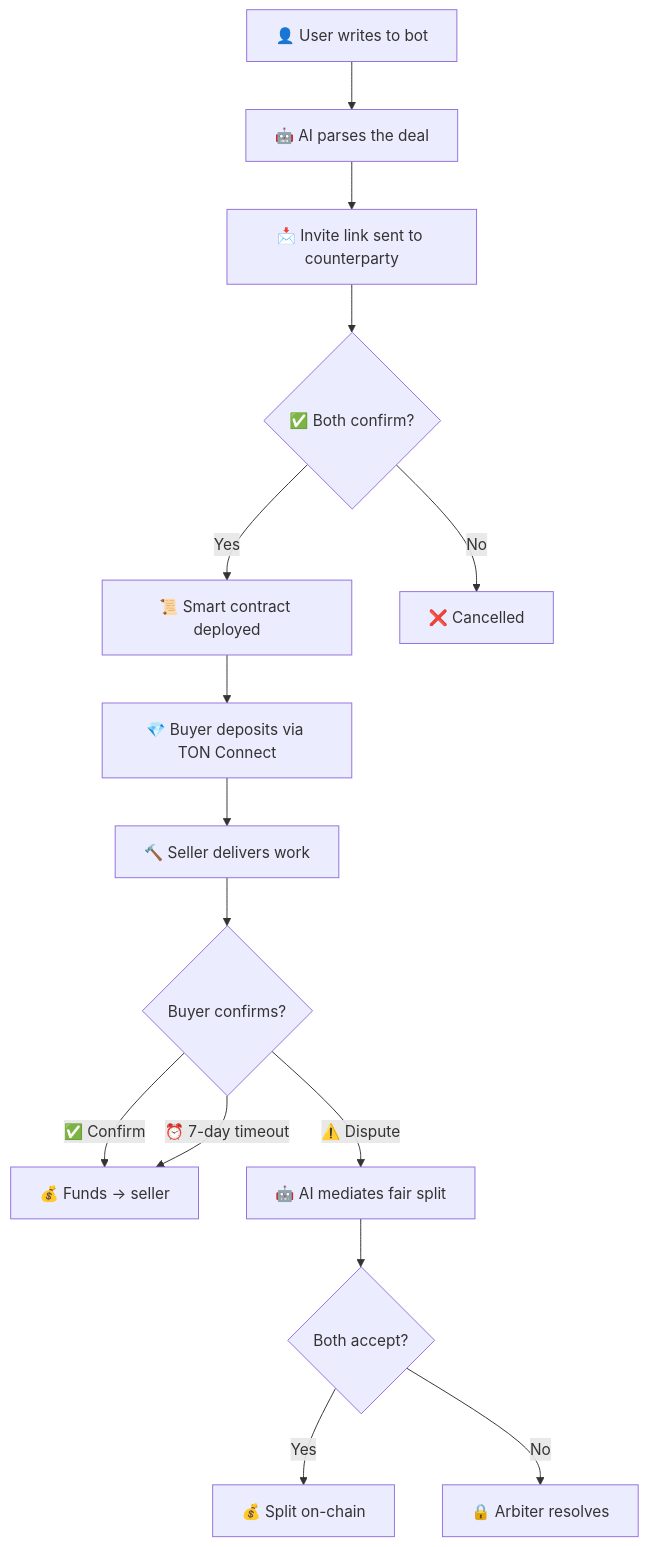
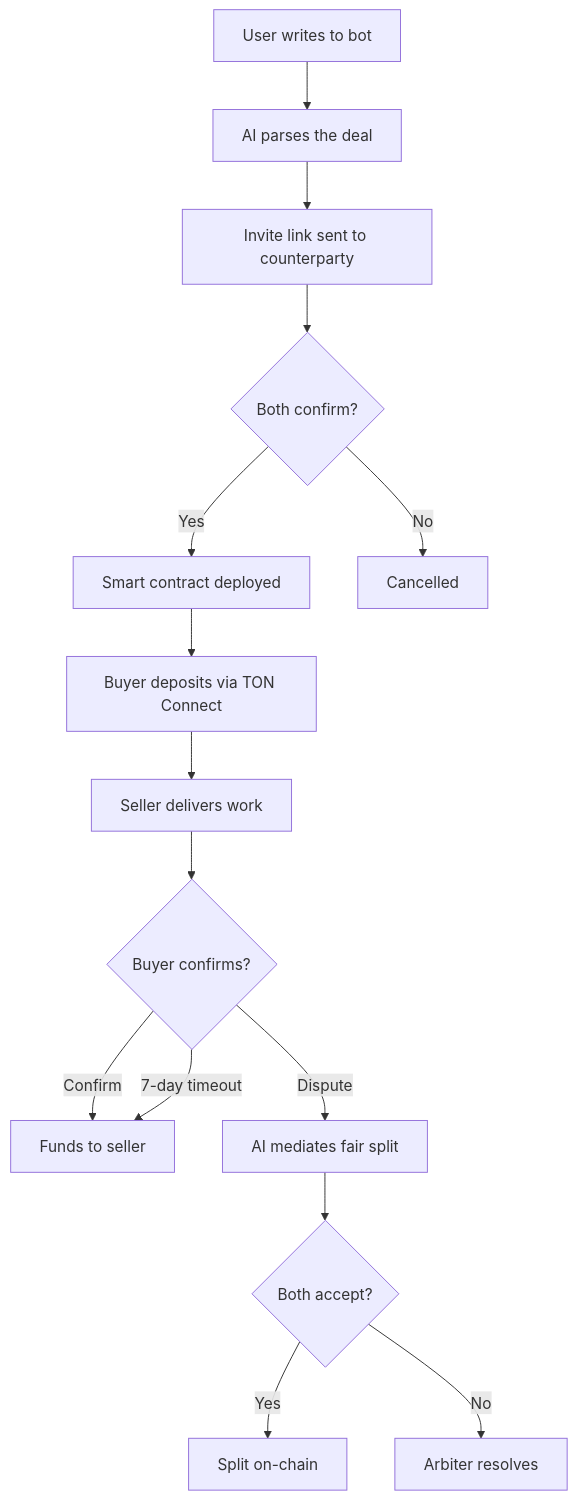
One commit to izzzzzi/izEscrowAI changed the first of 5 diagrams in README.md. Above: the diagram before and after it, drawn with Mermaid. The commit also changed other lines of this file and 86 other files, not shown here.

````diff
--- a/README.md
+++ b/README.md
@@ -13,17 +15,17 @@
 ```mermaid
 flowchart TD
-    A["👤 User writes to bot"] --> B["🤖 AI parses the deal"]
-    B --> C["📩 Invite link sent to counterparty"]
-    C --> D{"✅ Both confirm?"}
-    D -- Yes --> E["📜 Smart contract deployed"]
-    D -- No --> X1["❌ Cancelled"]
-    E --> F["💎 Buyer deposits via TON Connect"]
-    F --> G["🔨 Seller delivers work"]
+    A["User writes to bot"] --> B["AI parses the deal"]
+    B --> C["Invite link sent to counterparty"]
+    C --> D{"Both confirm?"}
+    D -- Yes --> E["Smart contract deployed"]
+    D -- No --> X1["Cancelled"]
+    E --> F["Buyer deposits via TON Connect"]
+    F --> G["Seller delivers work"]
     G --> H{"Buyer confirms?"}
-    H -- "✅ Confirm" --> I["💰 Funds → seller"]
-    H -- "⚠️ Dispute" --> J["🤖 AI mediates fair split"]
-    H -- "⏰ 7-day timeout" --> I
+    H -- "Confirm" --> I["Funds to seller"]
+    H -- "Dispute" --> J["AI mediates fair split"]
+    H -- "7-day timeout" --> I
     J --> K{"Both accept?"}
-    K -- Yes --> L["💰 Split on-chain"]
-    K -- No --> M["🔒 Arbiter resolves"]
+    K -- Yes --> L["Split on-chain"]
+    K -- No --> M["Arbiter resolves"]
 ```
````
